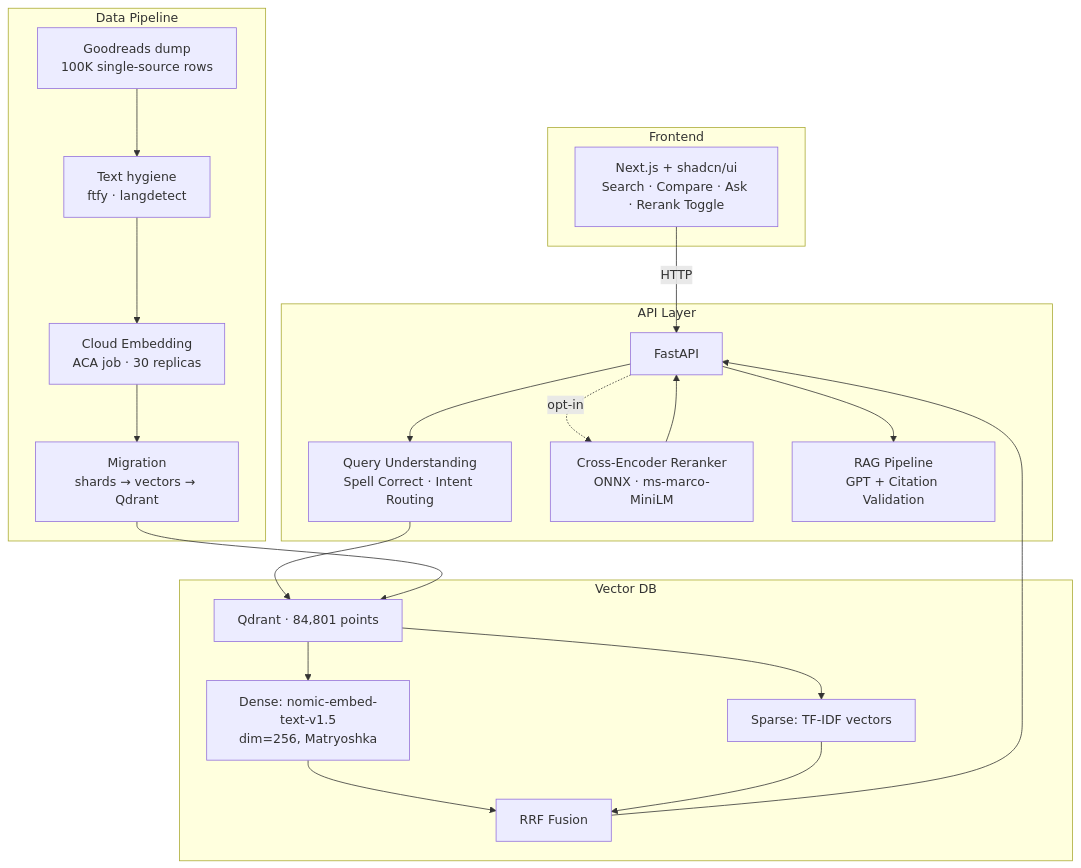
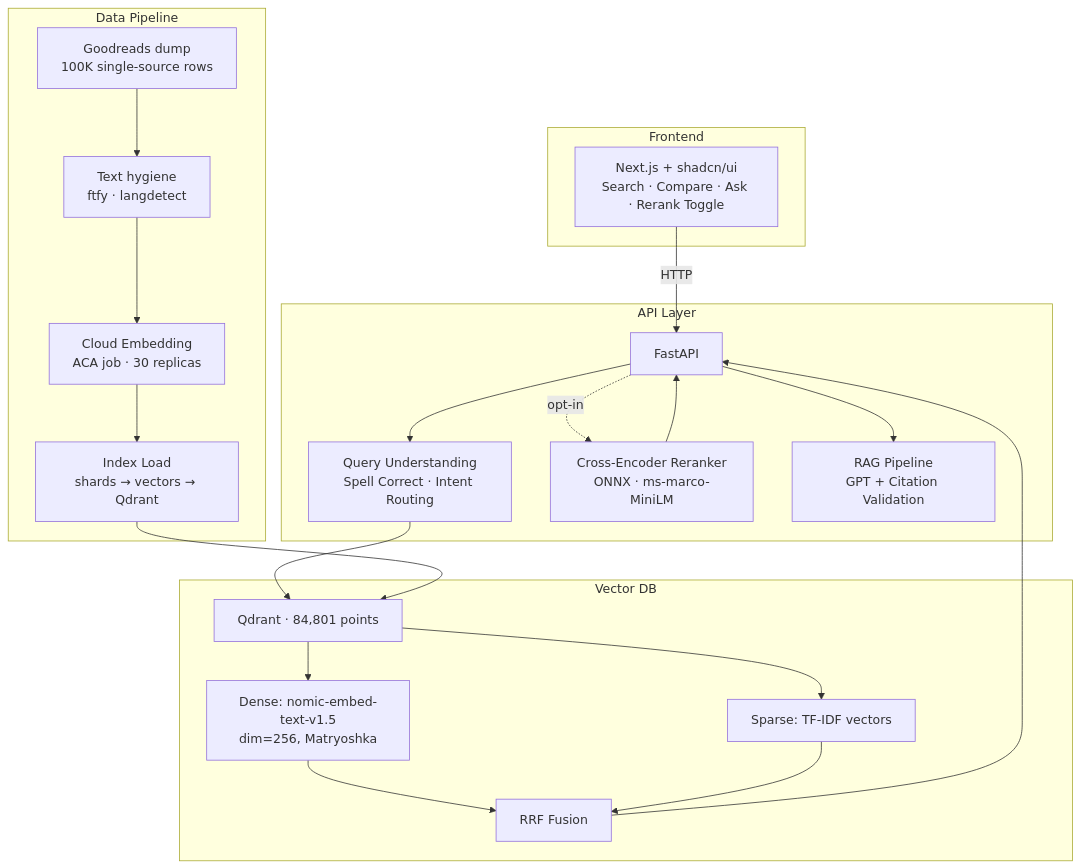
One commit to TruaShamu/ai-search changed the first of 4 diagrams in README.md. Above: the diagram before and after it, drawn with Mermaid. The commit also changed other lines of this file and 6 other files, not shown here.

````diff
--- a/README.md
+++ b/README.md
@@ -15,36 +15,36 @@
 ```mermaid
 graph TD
     subgraph Frontend
         UI[Next.js + shadcn/ui<br/>Search · Compare · Ask · Rerank Toggle]
     end
 
     subgraph API Layer
         FP[FastAPI]
         QU[Query Understanding<br/>Spell Correct · Intent Routing]
         RR[Cross-Encoder Reranker<br/>ONNX · ms-marco-MiniLM]
         RAG[RAG Pipeline<br/>GPT + Citation Validation]
     end
 
     subgraph Vector DB
         QD[Qdrant · 84,801 points]
         DV[Dense: nomic-embed-text-v1.5<br/>dim=256, Matryoshka]
         SV[Sparse: TF-IDF vectors]
         RRF[RRF Fusion]
     end
 
     subgraph Data Pipeline
         GR[Goodreads dump<br/>100K single-source rows]
         HY[Text hygiene<br/>ftfy · langdetect]
         EMB[Cloud Embedding<br/>ACA job · 30 replicas]
-        MIG[Migration<br/>shards → vectors → Qdrant]
+        MIG[Index Load<br/>shards → vectors → Qdrant]
     end
 
     UI -->|HTTP| FP
     FP --> QU --> QD
     QD --> DV & SV
     DV & SV --> RRF --> FP
     FP -.->|opt-in| RR --> FP
     FP --> RAG
 
     GR --> HY --> EMB --> MIG --> QD
 ```
````
